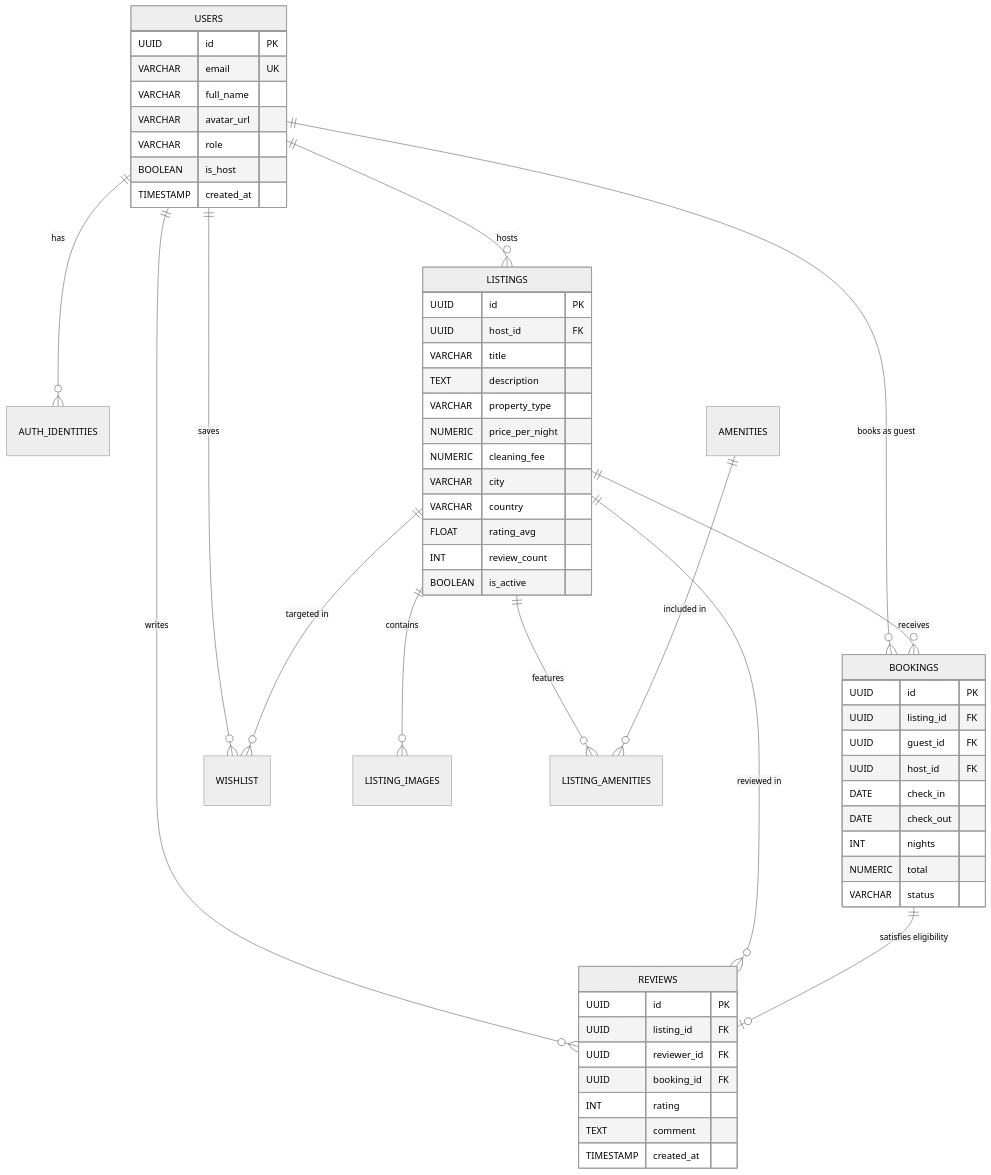
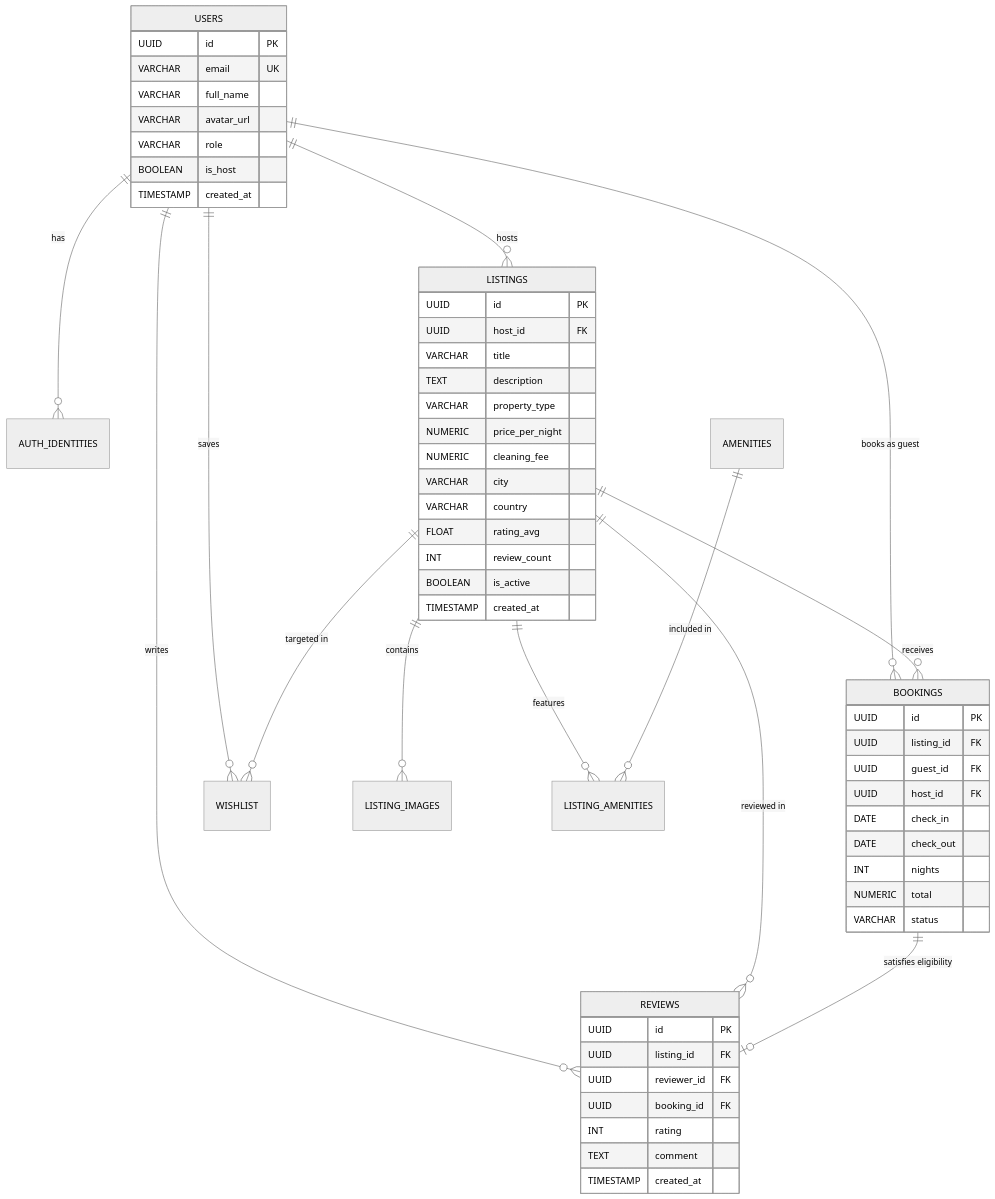
The third of 5 diagrams in README.md (Aditya30ag/airbnb-booking-app), drawn with Mermaid (neutral theme) before and after one commit. The commit also changed other lines of this file and 145 other files, not shown here.

````diff
--- a/README.md
+++ b/README.md
@@ -178,64 +217,65 @@
 ```mermaid
 erDiagram
     USERS ||--o{ AUTH_IDENTITIES : "has"
     USERS ||--o{ LISTINGS : "hosts"
     USERS ||--o{ BOOKINGS : "books as guest"
     USERS ||--o{ REVIEWS : "writes"
     USERS ||--o{ WISHLIST : "saves"
     
     LISTINGS ||--o{ LISTING_IMAGES : "contains"
     LISTINGS ||--o{ LISTING_AMENITIES : "features"
     AMENITIES ||--o{ LISTING_AMENITIES : "included in"
     LISTINGS ||--o{ BOOKINGS : "receives"
     LISTINGS ||--o{ REVIEWS : "reviewed in"
     LISTINGS ||--o{ WISHLIST : "targeted in"
     
     BOOKINGS ||--o| REVIEWS : "satisfies eligibility"
 
     USERS {
         UUID id PK
         VARCHAR email UK
         VARCHAR full_name
         VARCHAR avatar_url
         VARCHAR role
         BOOLEAN is_host
         TIMESTAMP created_at
     }
 
     LISTINGS {
         UUID id PK
         UUID host_id FK
         VARCHAR title
         TEXT description
         VARCHAR property_type
         NUMERIC price_per_night
         NUMERIC cleaning_fee
         VARCHAR city
         VARCHAR country
         FLOAT rating_avg
         INT review_count
         BOOLEAN is_active
+        TIMESTAMP created_at
     }
 
     BOOKINGS {
         UUID id PK
         UUID listing_id FK
         UUID guest_id FK
         UUID host_id FK
         DATE check_in
         DATE check_out
         INT nights
         NUMERIC total
         VARCHAR status
     }
 
     REVIEWS {
         UUID id PK
         UUID listing_id FK
         UUID reviewer_id FK
         UUID booking_id FK
         INT rating
         TEXT comment
         TIMESTAMP created_at
     }
 ```
````
